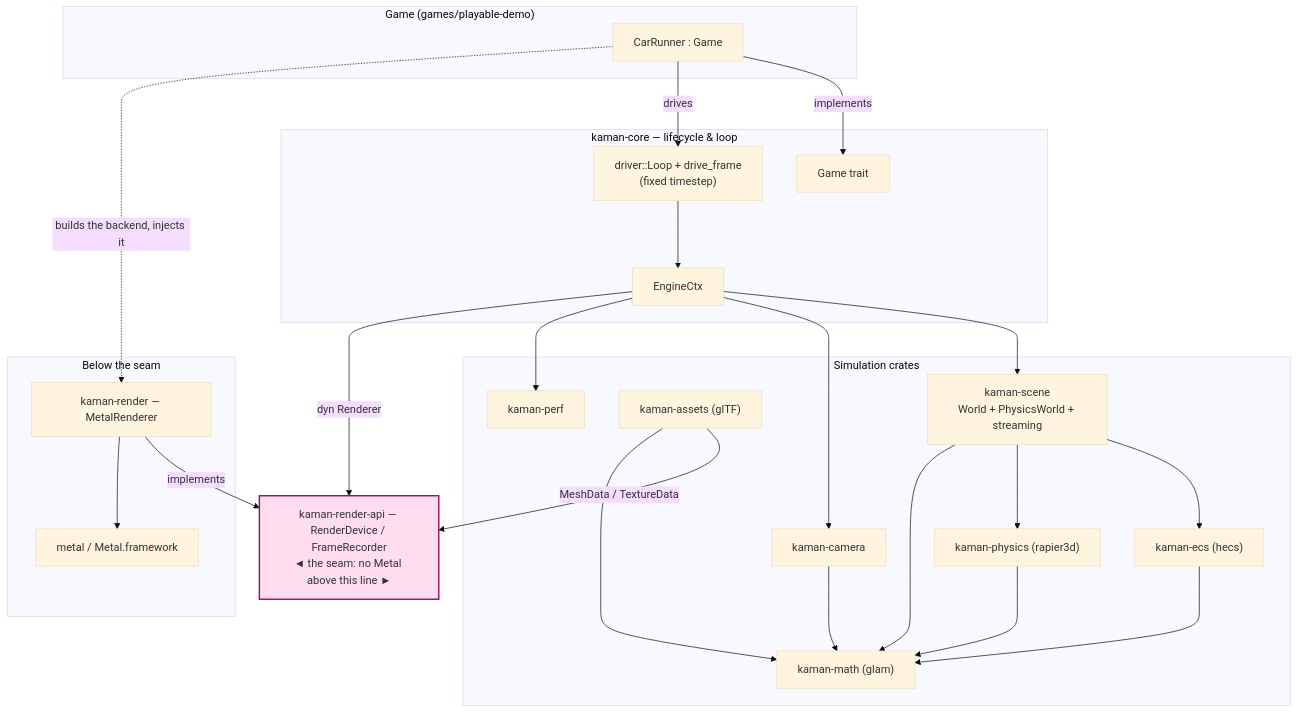
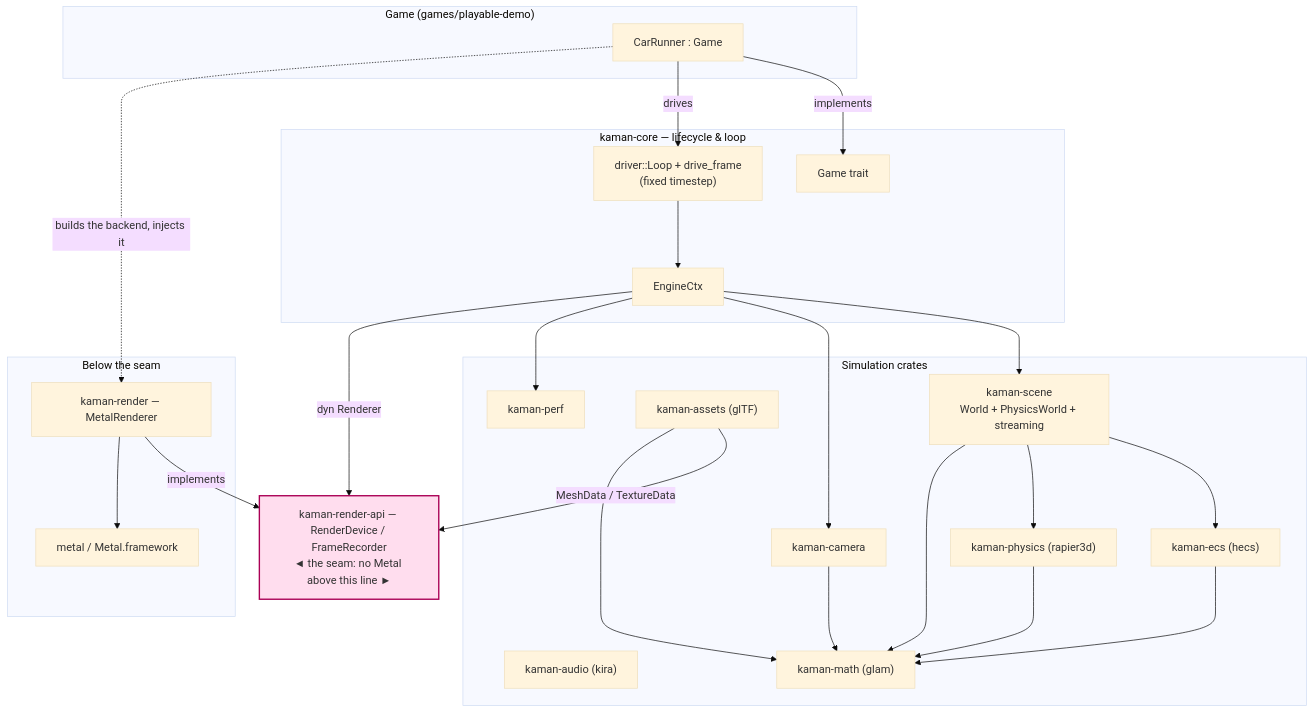
One commit to parsabee/KamanEngine changed the first of 10 diagrams in docs/DESIGN.md. Above: the diagram before and after it, drawn with Mermaid (base theme). The commit also changed other lines of this file and 40 other files, not shown here.

````diff
--- a/docs/DESIGN.md
+++ b/docs/DESIGN.md
@@ -18,40 +18,41 @@
 ```mermaid
 graph TD
     subgraph Game["Game (games/playable-demo)"]
         CR["CarRunner : Game"]
     end
     subgraph Core["kaman-core — lifecycle & loop"]
         LOOP["driver::Loop + drive_frame<br/>(fixed timestep)"]
         CTX["EngineCtx"]
         GAME["Game trait"]
     end
     subgraph Sim["Simulation crates"]
         SCENE["kaman-scene<br/>World + PhysicsWorld + streaming"]
         ECS["kaman-ecs (hecs)"]
         PHYS["kaman-physics (rapier3d)"]
         CAM["kaman-camera"]
         ASSETS["kaman-assets (glTF)"]
+        AUDIO["kaman-audio (kira)"]
         PERF["kaman-perf"]
         MATH["kaman-math (glam)"]
     end
     SEAM["kaman-render-api — RenderDevice / FrameRecorder<br/>◄ the seam: no Metal above this line ►"]
     subgraph Backend["Below the seam"]
         REND["kaman-render — MetalRenderer"]
         METAL["metal / Metal.framework"]
     end
 
     CR -->|implements| GAME
     CR -->|drives| LOOP
     LOOP --> CTX
     CTX --> SCENE & CAM & PERF
     CTX -->|"dyn Renderer"| SEAM
     SCENE --> ECS & PHYS
     ASSETS -->|"MeshData / TextureData"| SEAM
     CR -.->|"builds the backend, injects it"| REND
     REND -->|implements| SEAM
     REND --> METAL
     ECS & PHYS & CAM & ASSETS & SCENE --> MATH
 
     classDef seam fill:#fde,stroke:#a05,stroke-width:2px;
     class SEAM seam;
 ```
````
